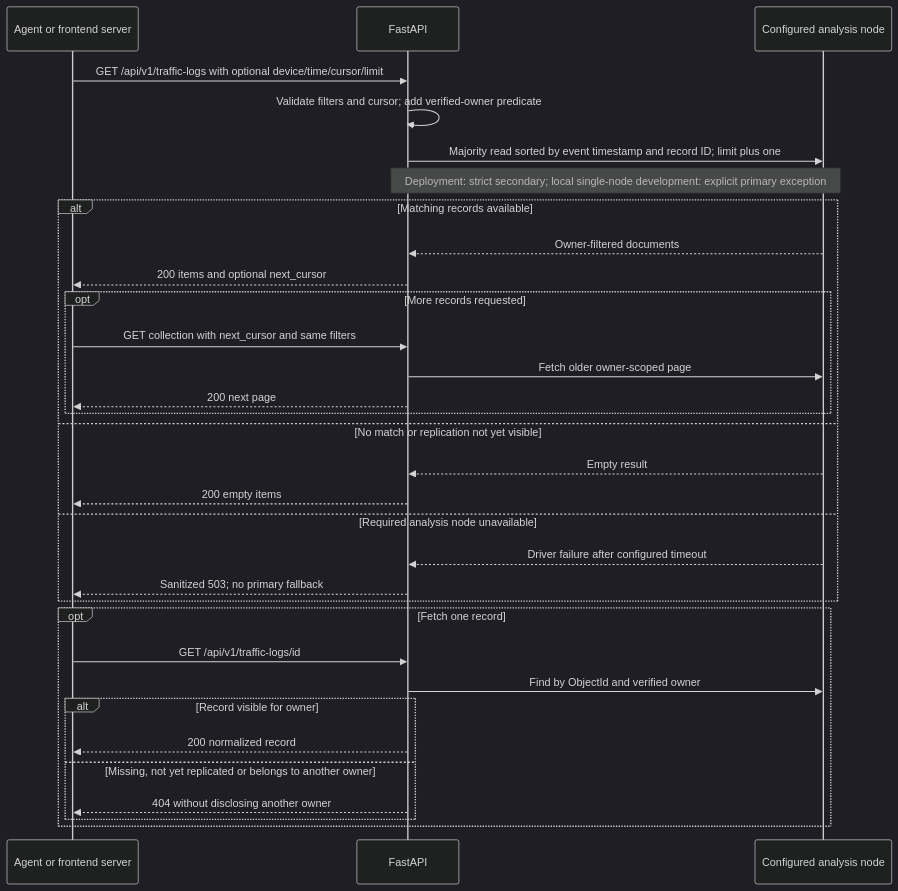
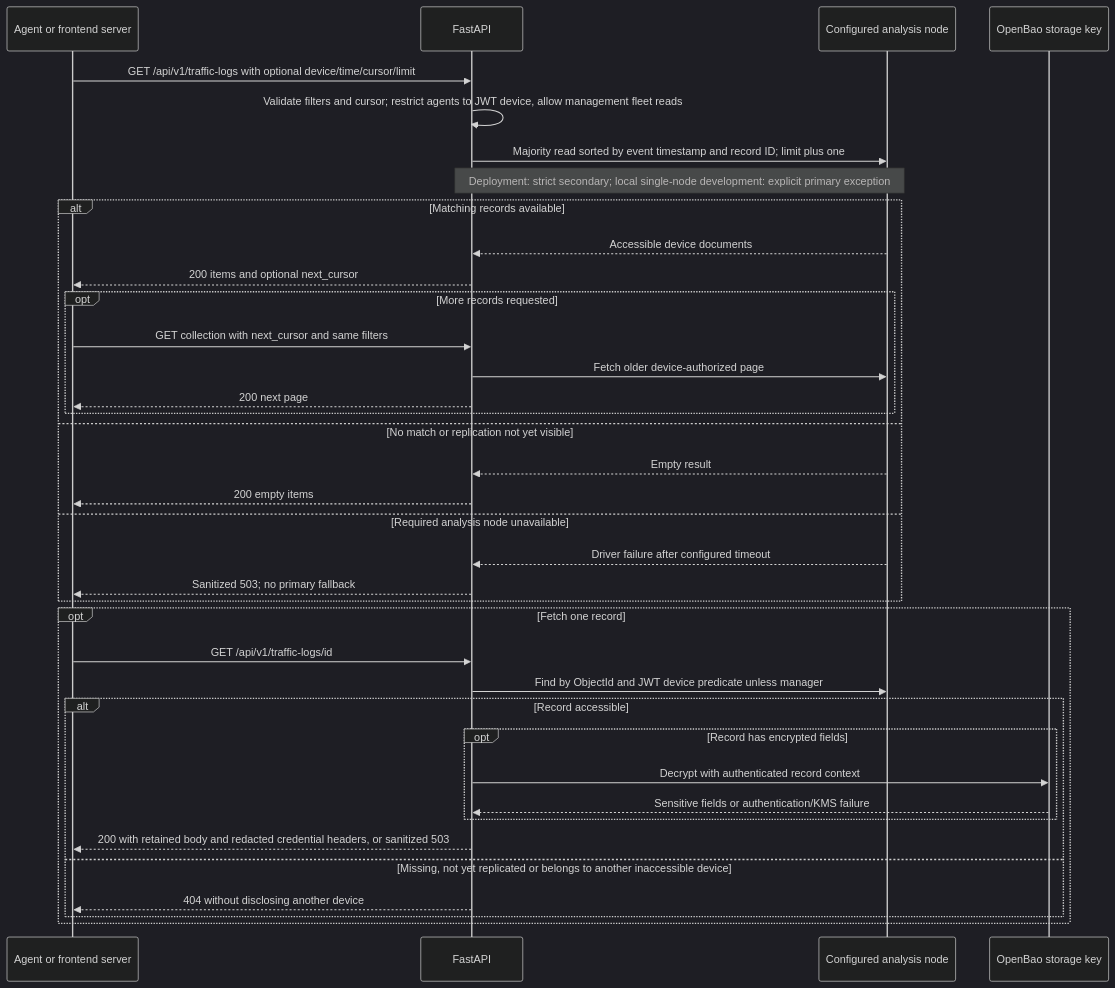
Before and after one commit to lucagiorgino/http-logger-collector: diagram 15 of 24 in docs/IMPLEMENTATION_STATUS.md, drawn with Mermaid (dark theme). The commit also changed other lines of this file and 7 other files, not shown here.

First line of the commit message:
docs: update architecture and operational guidance

````diff
--- a/docs/IMPLEMENTATION_STATUS.md
+++ b/docs/IMPLEMENTATION_STATUS.md
@@ -624,35 +828,40 @@
 ```mermaid
 sequenceDiagram
     participant Caller as Agent or frontend server
     participant API as FastAPI
     participant Replica as Configured analysis node
+    participant Transit as OpenBao storage key
     Caller->>API: GET /api/v1/traffic-logs with optional device/time/cursor/limit
-    API->>API: Validate filters and cursor#59; add verified-owner predicate
+    API->>API: Validate filters and cursor#59; restrict agents to JWT device, allow management fleet reads
     API->>Replica: Majority read sorted by event timestamp and record ID#59; limit plus one
     Note over API,Replica: Deployment: strict secondary#59; local single-node development: explicit primary exception
     alt Matching records available
-        Replica-->>API: Owner-filtered documents
+        Replica-->>API: Accessible device documents
         API-->>Caller: 200 items and optional next_cursor
         opt More records requested
             Caller->>API: GET collection with next_cursor and same filters
-            API->>Replica: Fetch older owner-scoped page
+            API->>Replica: Fetch older device-authorized page
             API-->>Caller: 200 next page
         end
     else No match or replication not yet visible
         Replica-->>API: Empty result
         API-->>Caller: 200 empty items
     else Required analysis node unavailable
         Replica-->>API: Driver failure after configured timeout
         API-->>Caller: Sanitized 503#59; no primary fallback
     end
     opt Fetch one record
         Caller->>API: GET /api/v1/traffic-logs/id
-        API->>Replica: Find by ObjectId and verified owner
-        alt Record visible for owner
-            API-->>Caller: 200 normalized record
-        else Missing, not yet replicated or belongs to another owner
-            API-->>Caller: 404 without disclosing another owner
+        API->>Replica: Find by ObjectId and JWT device predicate unless manager
+        alt Record accessible
+            opt Record has encrypted fields
+                API->>Transit: Decrypt with authenticated record context
+                Transit-->>API: Sensitive fields or authentication/KMS failure
+            end
+            API-->>Caller: 200 with retained body and redacted credential headers, or sanitized 503
+        else Missing, not yet replicated or belongs to another inaccessible device
+            API-->>Caller: 404 without disclosing another device
         end
     end
 
 ```
````
